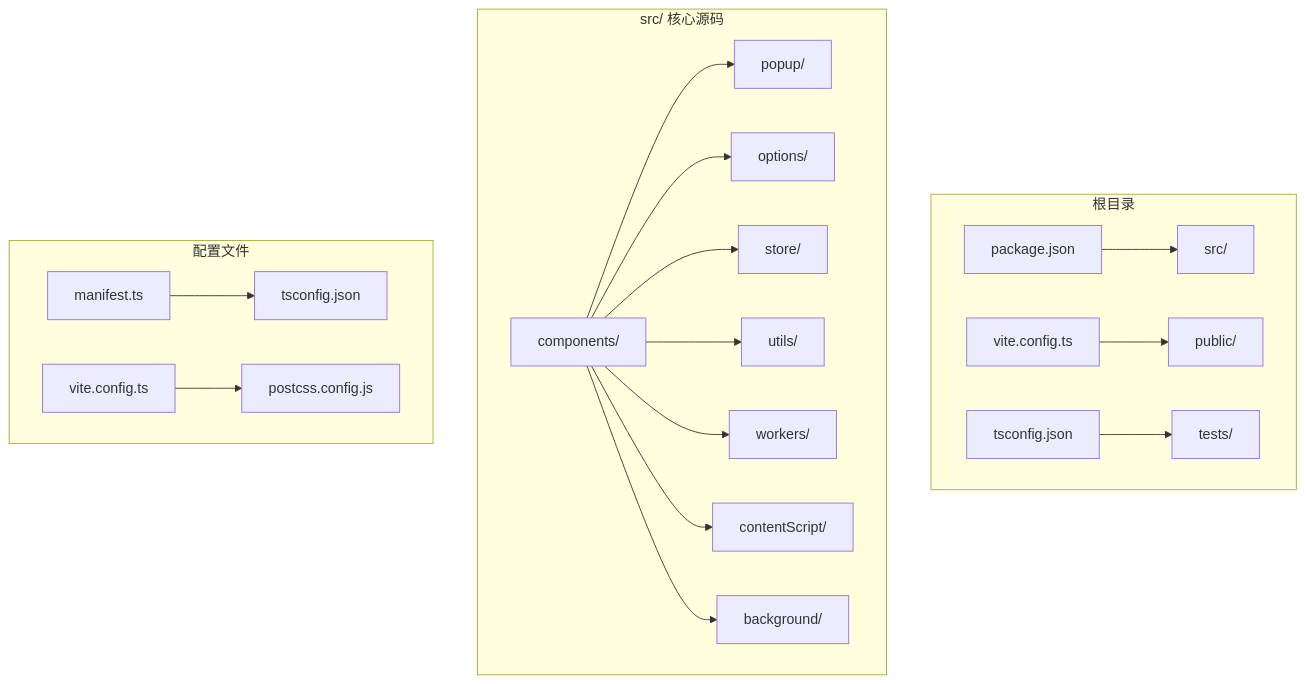
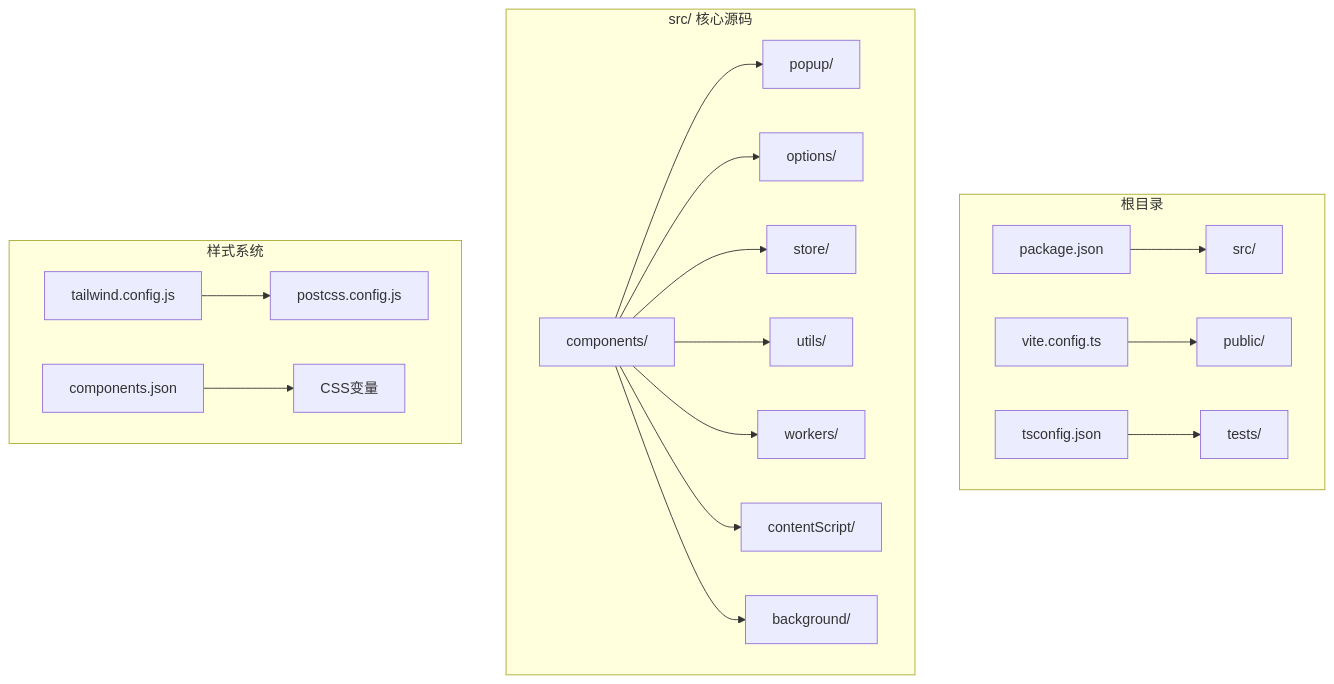
The first of 16 diagrams in .qoder/repowiki/zh/content/开发指南/React最佳实践系统.md (RadiumAg/bilibili-favorites), drawn with Mermaid before and after one commit. The commit also changed other lines of this file and 4 other files, not shown here.

````diff
--- a/.qoder/repowiki/zh/content/开发指南/React最佳实践系统.md
+++ b/.qoder/repowiki/zh/content/开发指南/React最佳实践系统.md
@@ -52,21 +74,21 @@
 ```mermaid
 graph TB
 subgraph "根目录"
 A[package.json] --> B[src/]
 C[vite.config.ts] --> D[public/]
 E[tsconfig.json] --> F[tests/]
 end
 subgraph "src/ 核心源码"
 B1[components/] --> B2[popup/]
 B1 --> B3[options/]
 B1 --> B4[store/]
 B1 --> B5[utils/]
 B1 --> B6[workers/]
 B1 --> B7[contentScript/]
 B1 --> B8[background/]
 end
-subgraph "配置文件"
-C1[manifest.ts] --> C2[tsconfig.json]
-C3[vite.config.ts] --> C4[postcss.config.js]
+subgraph "样式系统"
+C1[tailwind.config.js] --> C2[postcss.config.js]
+C3[components.json] --> C4[CSS变量]
 end
 ```
````
